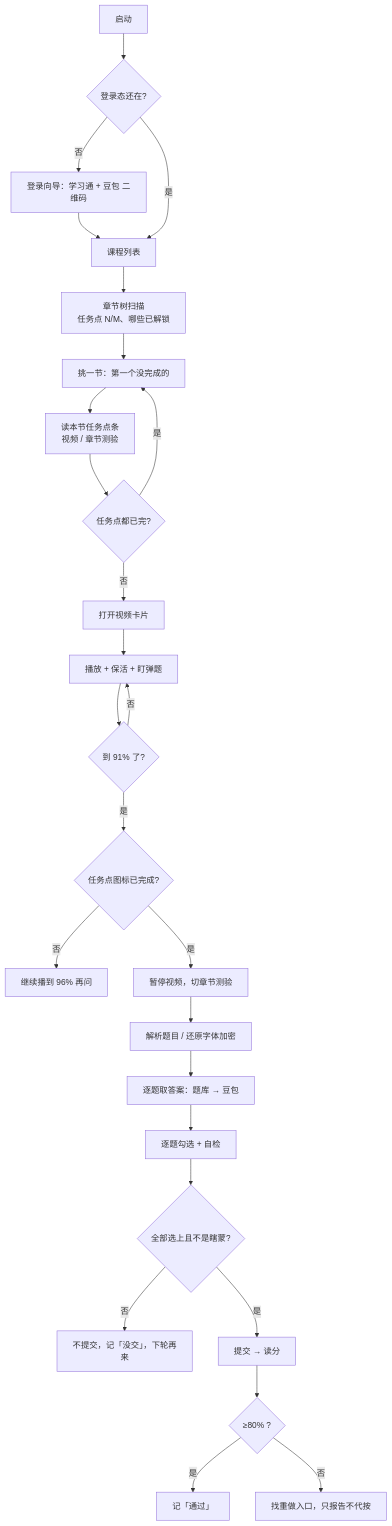
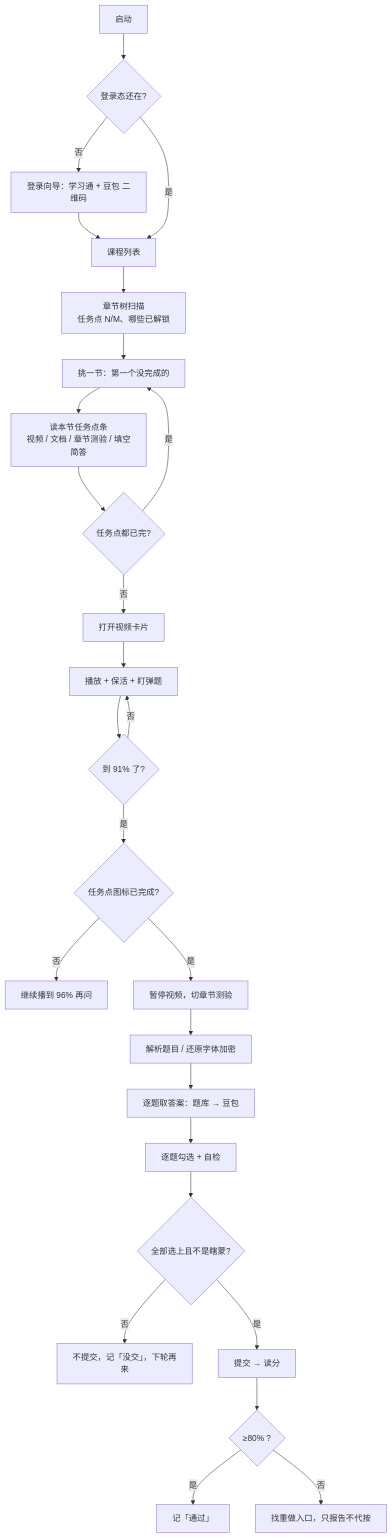
The diagram in README.md (EliasNeko/xuanyan-qigong), drawn with Mermaid before and after one commit. The commit also changed other lines of this file and 6 other files, not shown here.

````diff
--- a/README.md
+++ b/README.md
@@ -32,28 +34,28 @@
 ```mermaid
 flowchart TD
     A[启动] --> B{登录态还在?}
     B -- 否 --> C[登录向导：学习通 + 豆包 二维码]
     C --> D[课程列表]
     B -- 是 --> D
     D --> E[章节树扫描<br/>任务点 N/M、哪些已解锁]
     E --> F[挑一节：第一个没完成的]
-    F --> G[读本节任务点条<br/>视频 / 章节测验]
+    F --> G[读本节任务点条<br/>视频 / 文档 / 章节测验 / 填空简答]
     G --> H{任务点都已完?}
     H -- 是 --> F
     H -- 否 --> I[打开视频卡片]
     I --> J[播放 + 保活 + 盯弹题]
     J --> K{到 91% 了?}
     K -- 是 --> L{任务点图标已完成?}
     L -- 否 --> M[继续播到 96% 再问]
     L -- 是 --> N[暂停视频，切章节测验]
     K -- 否 --> J
     N --> O[解析题目 / 还原字体加密]
     O --> P[逐题取答案：题库 → 豆包]
     P --> Q[逐题勾选 + 自检]
     Q --> R{全部选上且不是瞎蒙?}
     R -- 否 --> S[不提交，记「没交」，下轮再来]
     R -- 是 --> T[提交 → 读分]
     T --> U{≥80% ?}
     U -- 是 --> V[记「通过」]
     U -- 否 --> W[找重做入口，只报告不代按]
 ```
````
